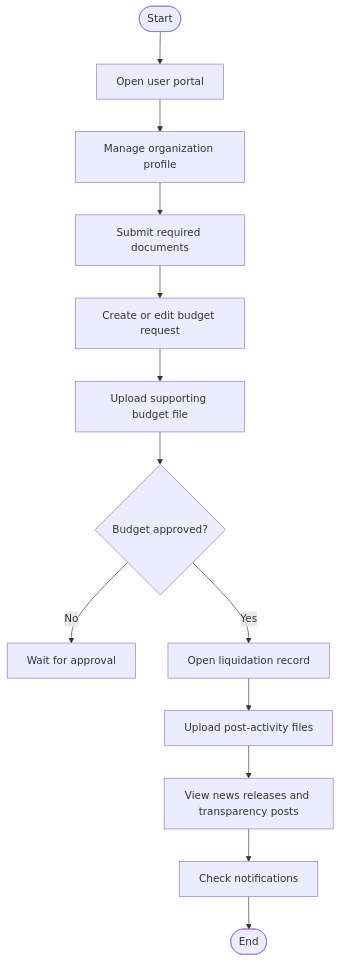
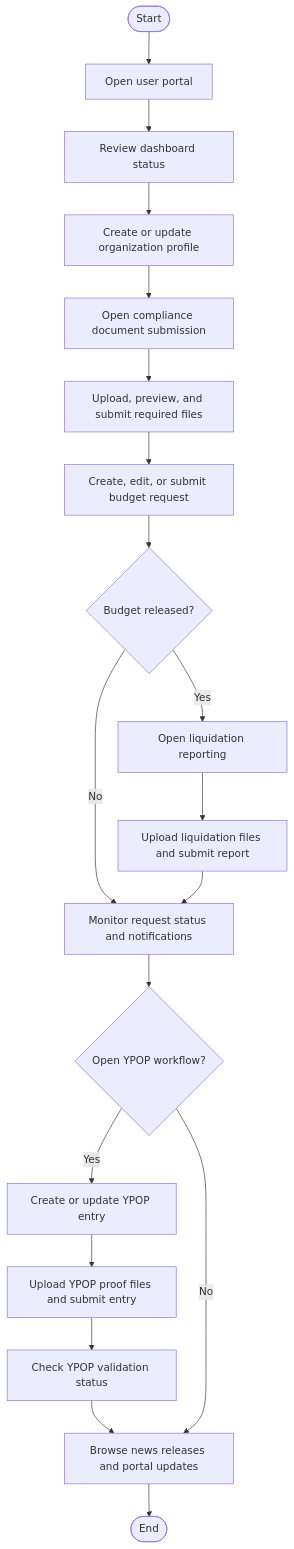
Before and after one commit to txiaoqt/lydo-connect-org-focused: the second of 3 diagrams in Methodology/3.2.1-Activity-Diagram.md, drawn with Mermaid. The commit also changed other lines of this file and 4 other files, not shown here.

````diff
--- a/Methodology/3.2.1-Activity-Diagram.md
+++ b/Methodology/3.2.1-Activity-Diagram.md
@@ -26,15 +32,21 @@
 ```mermaid
 flowchart TD
     A([Start]) --> B["Open user portal"]
-    B --> C["Manage organization profile"]
-    C --> D["Submit required documents"]
-    D --> E["Create or edit budget request"]
-    E --> F["Upload supporting budget file"]
-    F --> G{"Budget approved?"}
-    G -- No --> H["Wait for approval"]
-    G -- Yes --> I["Open liquidation record"]
-    I --> J["Upload post-activity files"]
-    J --> K["View news releases and transparency posts"]
-    K --> L["Check notifications"]
-    L --> M([End])
+    B --> C["Review dashboard status"]
+    C --> D["Create or update organization profile"]
+    D --> E["Open compliance document submission"]
+    E --> F["Upload, preview, and submit required files"]
+    F --> G["Create, edit, or submit budget request"]
+    G --> H{"Budget released?"}
+    H -- No --> I["Monitor request status and notifications"]
+    I --> J{"Open YPOP workflow?"}
+    H -- Yes --> K["Open liquidation reporting"]
+    K --> L["Upload liquidation files and submit report"]
+    L --> I
+    J -- Yes --> M["Create or update YPOP entry"]
+    M --> N["Upload YPOP proof files and submit entry"]
+    N --> O["Check YPOP validation status"]
+    O --> P["Browse news releases and portal updates"]
+    J -- No --> P
+    P --> Q([End])
 ```
````
